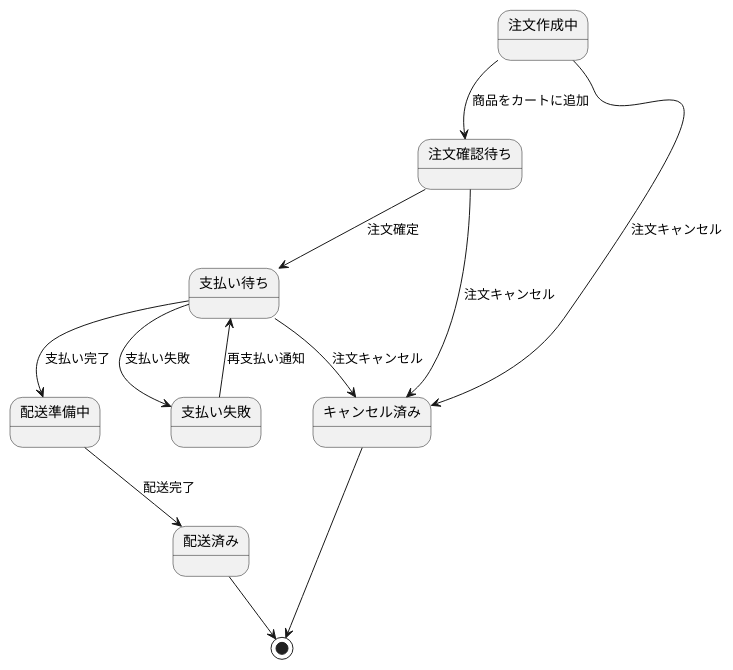
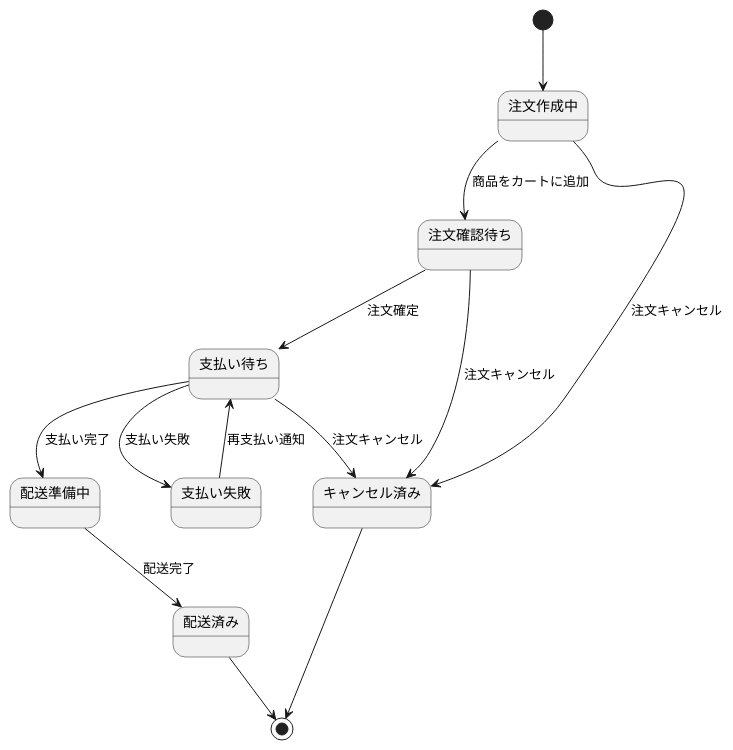
The diagram in rensyu4.puml (haivu29/Systemset), drawn with PlantUML before and after one commit.

Commit message:
rensyu4 wo naosu

```diff
--- a/rensyu4.puml
+++ b/rensyu4.puml
@@ -1,25 +1,25 @@
 @startuml
 
-'[*] --> 注文作成中
+[*] --> 注文作成中
 
 注文作成中 --> 注文確認待ち : 商品をカートに追加
 
 注文確認待ち --> 支払い待ち : 注文確定
 
 支払い待ち --> 配送準備中 : 支払い完了
 配送準備中 --> 配送済み : 配送完了
 
-' キャンセル（支払い完了前まで可能）
+
 注文作成中 --> キャンセル済み : 注文キャンセル
 注文確認待ち --> キャンセル済み : 注文キャンセル
 支払い待ち --> キャンセル済み : 注文キャンセル
 
-' 支払い失敗時の遷移
+
 
 支払い待ち --> 支払い失敗 : 支払い失敗
 支払い失敗 --> 支払い待ち : 再支払い通知
 
 キャンセル済み --> [*]
 配送済み --> [*]
 
 @enduml
```
